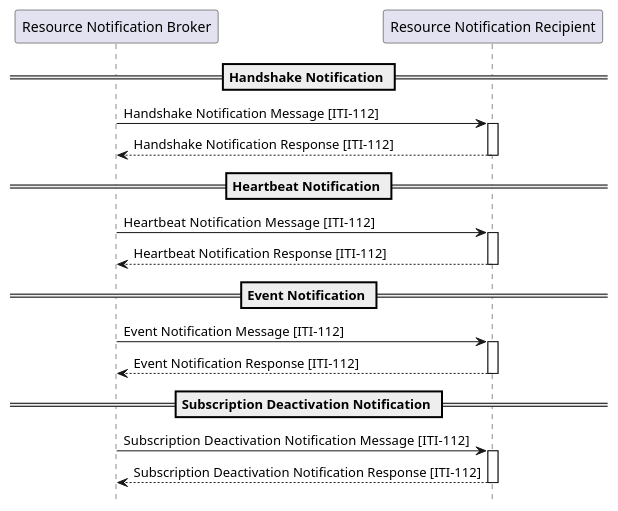
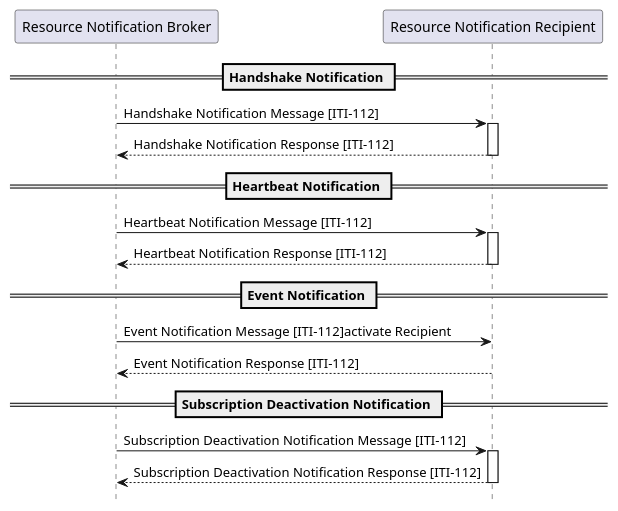
Before and after one commit to IHE/ITI.DSUBm: the diagram in input/images-source/ITI-112-Notification-seq.plantuml, drawn with PlantUML. The commit also changed 6 other files, not shown here.

```diff
--- a/input/images-source/ITI-112-Notification-seq.plantuml
+++ b/input/images-source/ITI-112-Notification-seq.plantuml
@@ -1,31 +1,30 @@
 @startuml
 hide footbox
 
 participant "Resource Notification Broker" as  Broker
 participant "Resource Notification Recipient" as  Recipient
 
 == Handshake Notification ==
 Broker -> Recipient :  Handshake Notification Message [ITI-112]
 activate Recipient
 Recipient --> Broker :  Handshake Notification Response [ITI-112]
 deactivate Recipient
 
 == Heartbeat Notification ==
-Broker -> Recipient :  Heartbeat Notification Message  [ITI-112]
+Broker -> Recipient :  Heartbeat Notification Message [ITI-112]
 activate Recipient
 Recipient --> Broker :  Heartbeat Notification Response [ITI-112]
 deactivate Recipient
 
 == Event Notification ==
-Broker -> Recipient :  Event Notification Message [ITI-112]
-activate Recipient
+Broker -> Recipient :  Event Notification Message [ITI-112]activate Recipient
 Recipient --> Broker :  Event Notification Response [ITI-112]
 deactivate Recipient
 
 == Subscription Deactivation Notification ==
-Broker -> Recipient :  Subscription Deactivation Notification Message  [ITI-112]
+Broker -> Recipient :  Subscription Deactivation Notification Message [ITI-112]
 activate Recipient
 Recipient --> Broker :  Subscription Deactivation Notification Response [ITI-112]
 deactivate Recipient
 
 @enduml
```
